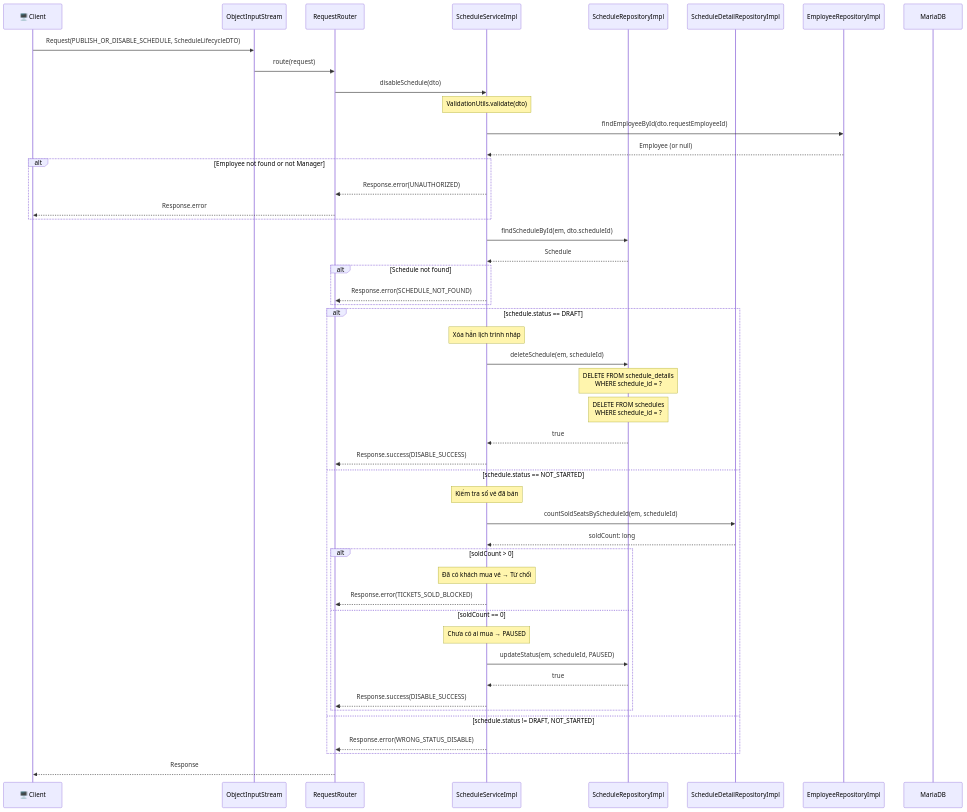
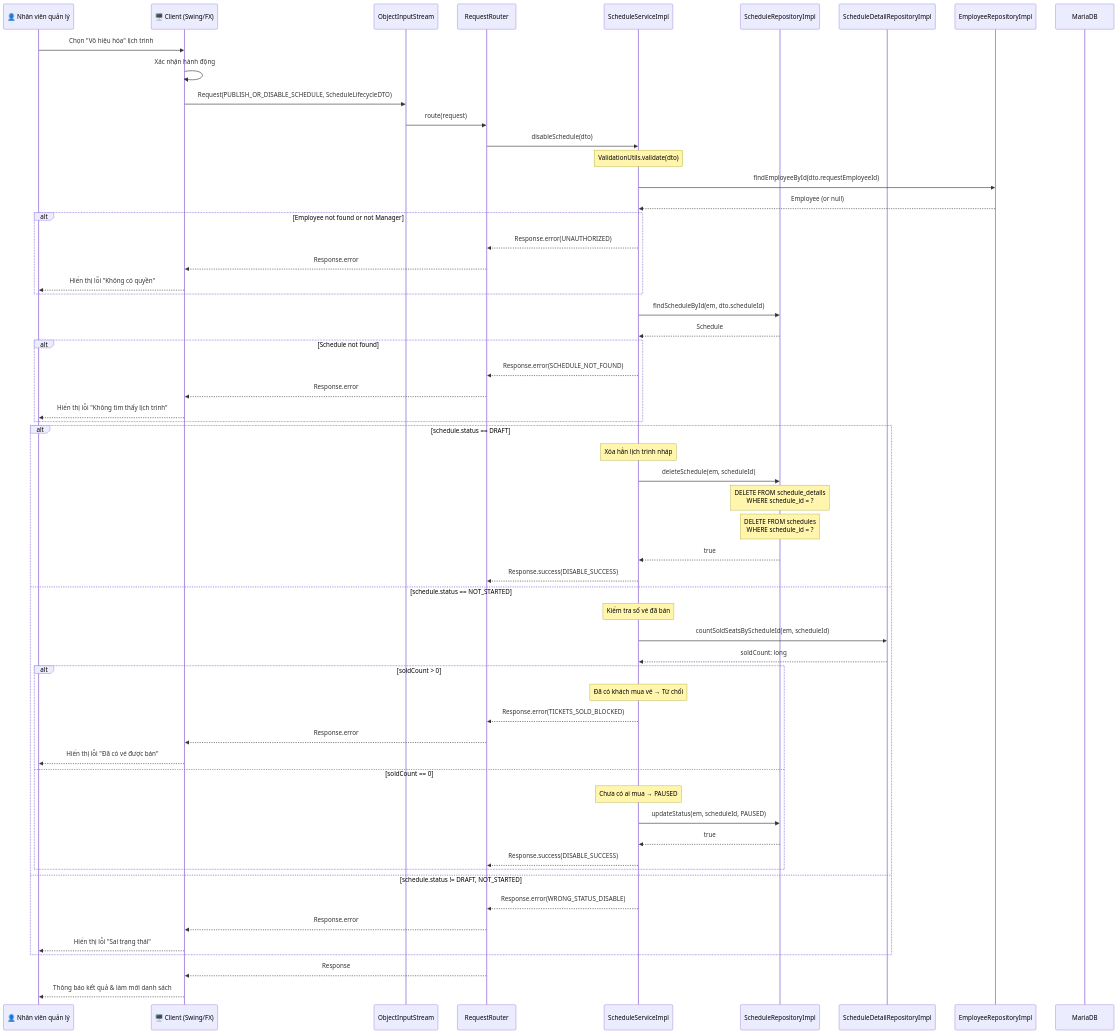
Before and after one commit to Distributed-Programing-Project/railway-reservation-system-server: the second of 4 diagrams in docs/diagrams/sequence/uc008-vo-hieu-hoa-va-phat-trien-lich-trinh.md, drawn with Mermaid. The commit also changed other lines of this file, not shown here.

Commit message:
fix(diagram): add User and UI layers to sequence diagrams, add response feedback
Made-with: Cursor

````diff
--- a/docs/diagrams/sequence/uc008-vo-hieu-hoa-va-phat-trien-lich-trinh.md
+++ b/docs/diagrams/sequence/uc008-vo-hieu-hoa-va-phat-trien-lich-trinh.md
@@ -68,58 +68,69 @@
 ```mermaid
 sequenceDiagram
-    participant Client as 🖥️ Client
+    participant User as 👤 Nhân viên quản lý
+    participant UI as 🖥️ Client (Swing/FX)
     participant OIS as ObjectInputStream
     participant RR as RequestRouter
     participant SS as ScheduleServiceImpl
     participant SR as ScheduleRepositoryImpl
     participant SDR as ScheduleDetailRepositoryImpl
     participant ER as EmployeeRepositoryImpl
     participant DB as MariaDB
 
-    Client->>OIS: Request(PUBLISH_OR_DISABLE_SCHEDULE, ScheduleLifecycleDTO)
+    User->>UI: Chọn "Vô hiệu hóa" lịch trình
+    UI->>UI: Xác nhận hành động
+    UI->>OIS: Request(PUBLISH_OR_DISABLE_SCHEDULE, ScheduleLifecycleDTO)
     OIS->>RR: route(request)
     RR->>SS: disableSchedule(dto)
 
     Note over SS: ValidationUtils.validate(dto)
     SS->>ER: findEmployeeById(dto.requestEmployeeId)
     ER-->>SS: Employee (or null)
 
     alt Employee not found or not Manager
         SS-->>RR: Response.error(UNAUTHORIZED)
-        RR-->>Client: Response.error
+        RR-->>UI: Response.error
+        UI-->>User: Hiển thị lỗi "Không có quyền"
     end
 
     SS->>SR: findScheduleById(em, dto.scheduleId)
     SR-->>SS: Schedule
 
     alt Schedule not found
         SS-->>RR: Response.error(SCHEDULE_NOT_FOUND)
+        RR-->>UI: Response.error
+        UI-->>User: Hiển thị lỗi "Không tìm thấy lịch trình"
     end
 
     alt schedule.status == DRAFT
         Note over SS: Xóa hẳn lịch trình nháp
         SS->>SR: deleteSchedule(em, scheduleId)
         Note over SR: DELETE FROM schedule_details<br/>WHERE schedule_id = ?
         Note over SR: DELETE FROM schedules<br/>WHERE schedule_id = ?
         SR-->>SS: true
         SS-->>RR: Response.success(DISABLE_SUCCESS)
     else schedule.status == NOT_STARTED
         Note over SS: Kiểm tra số vé đã bán
         SS->>SDR: countSoldSeatsByScheduleId(em, scheduleId)
         SDR-->>SS: soldCount: long
 
         alt soldCount > 0
             Note over SS: Đã có khách mua vé → Từ chối
             SS-->>RR: Response.error(TICKETS_SOLD_BLOCKED)
+            RR-->>UI: Response.error
+            UI-->>User: Hiển thị lỗi "Đã có vé được bán"
         else soldCount == 0
             Note over SS: Chưa có ai mua → PAUSED
             SS->>SR: updateStatus(em, scheduleId, PAUSED)
             SR-->>SS: true
             SS-->>RR: Response.success(DISABLE_SUCCESS)
         end
     else schedule.status != DRAFT, NOT_STARTED
         SS-->>RR: Response.error(WRONG_STATUS_DISABLE)
+        RR-->>UI: Response.error
+        UI-->>User: Hiển thị lỗi "Sai trạng thái"
     end
 
-    RR-->>Client: Response
+    RR-->>UI: Response
+    UI-->>User: Thông báo kết quả & làm mới danh sách
 ```
````
